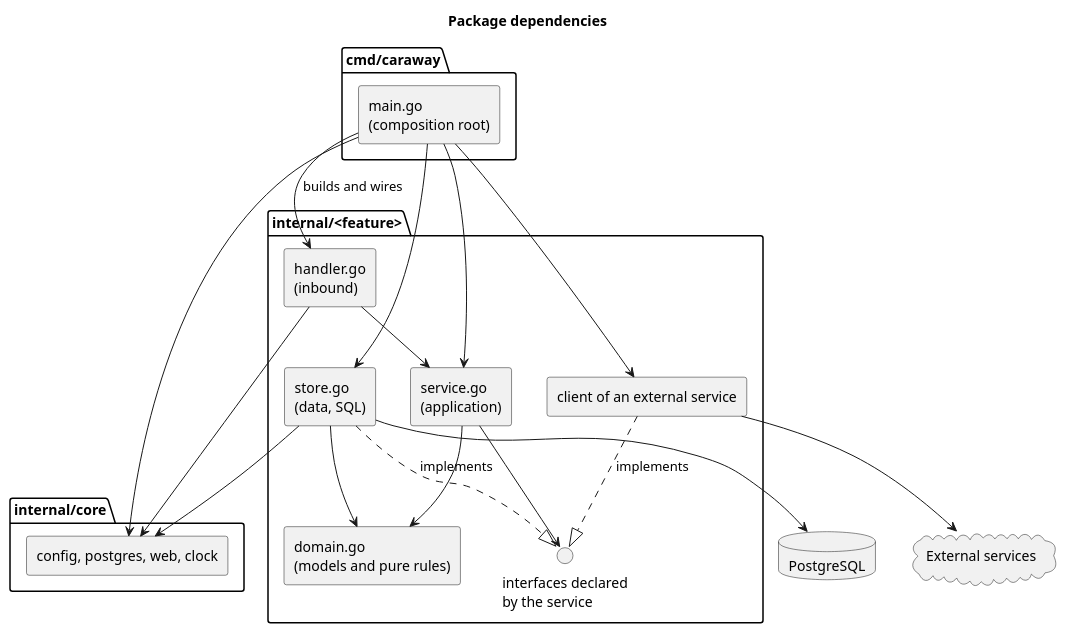
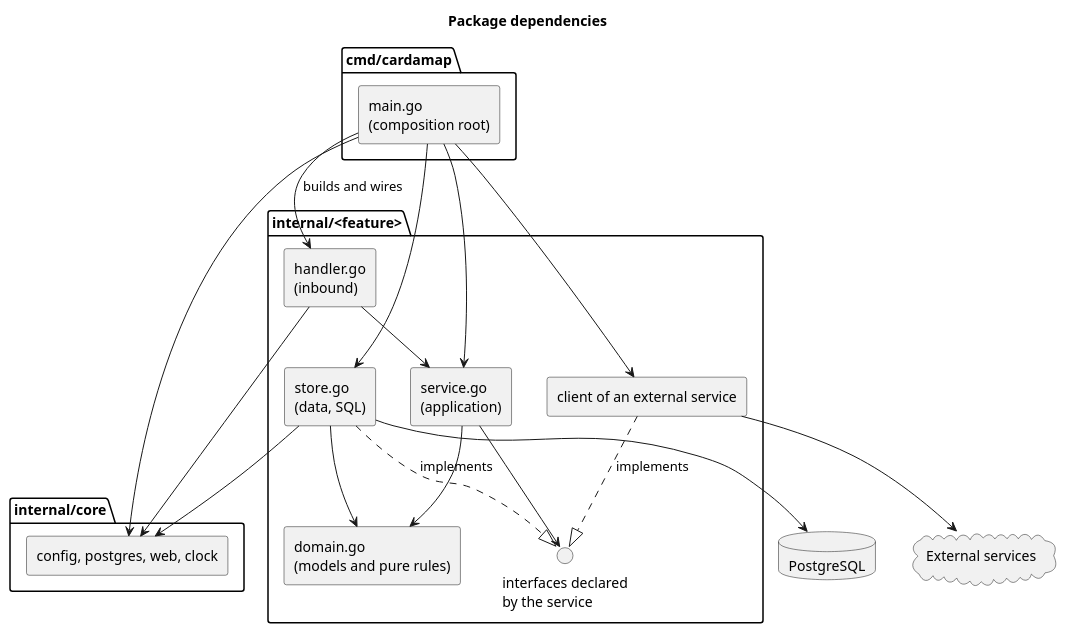
One commit to cloveclovedev/caraway changed the diagram in docs/ja/architecture/overview.puml. Above: the diagram before and after it, drawn with PlantUML. The commit also changed 21 other files, not shown here.

```diff
--- a/docs/ja/architecture/overview.puml
+++ b/docs/ja/architecture/overview.puml
@@ -1,42 +1,42 @@
 @startuml overview
 title Package dependencies
 skinparam shadowing false
 skinparam componentStyle rectangle
 
-package "cmd/caraway" {
+package "cmd/cardamap" {
   [main.go\n(composition root)] as main
 }
 
 package "internal/<feature>" {
   [handler.go\n(inbound)] as handler
   [service.go\n(application)] as service
   interface "interfaces declared\nby the service" as ports
   [domain.go\n(models and pure rules)] as domain
   [store.go\n(data, SQL)] as store
   [client of an external service] as client
 }
 
 package "internal/core" {
   [config, postgres, web, clock] as core
 }
 
 database "PostgreSQL" as db
 cloud "External services" as ext
 
 main --> handler : builds and wires
 main --> service
 main --> store
 main --> client
 main --> core
 
 handler --> service
 service --> domain
 service --> ports
 store ..|> ports : implements
 client ..|> ports : implements
 store --> domain
 store --> core
 store --> db
 client --> ext
 handler --> core
 @enduml
```
